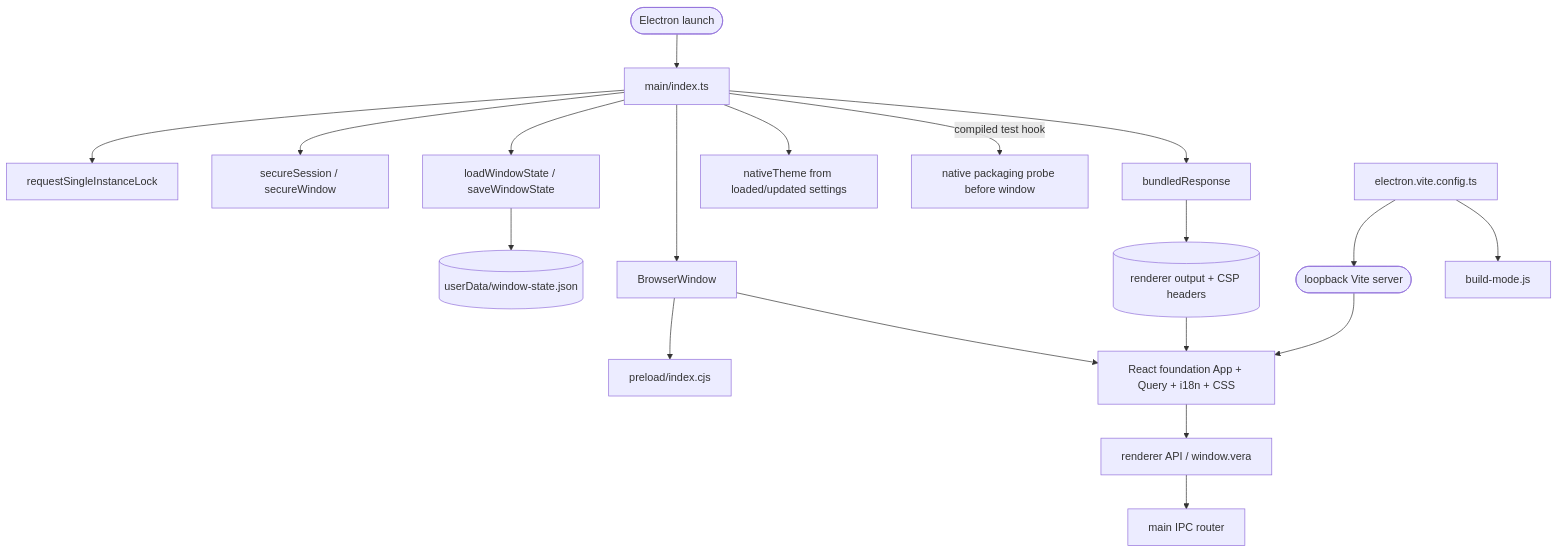
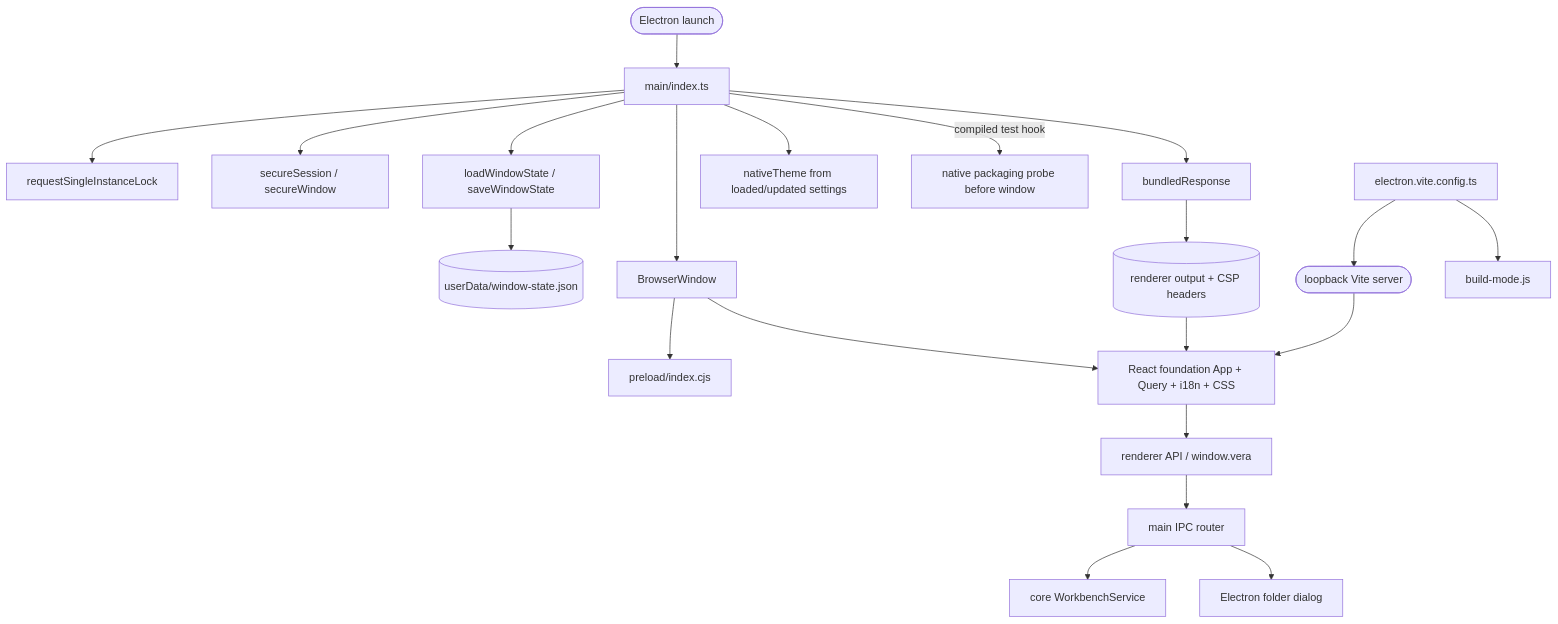
The diagram in .agentic/knowledge/desktop-shell.md (DDP-Engineering/2026_Virtual_Embedded_Rig_Assistant), drawn with Mermaid before and after one commit. The commit also changed other lines of this file and 70 other files, not shown here.

````diff
--- a/.agentic/knowledge/desktop-shell.md
+++ b/.agentic/knowledge/desktop-shell.md
@@ -70,21 +73,23 @@
 ```mermaid
 flowchart TD
   launch([Electron launch]) --> main[main/index.ts]
   main --> lock[requestSingleInstanceLock]
   main --> security[secureSession / secureWindow]
   main --> state[loadWindowState / saveWindowState]
   state --> file[(userData/window-state.json)]
   main --> window[BrowserWindow]
   window --> preload[preload/index.cjs]
   main --> protocol[bundledResponse]
   protocol --> assets[(renderer output + CSP headers)]
   window --> renderer[React foundation App + Query + i18n + CSS]
   main --> nativeTheme[nativeTheme from loaded/updated settings]
   main -->|compiled test hook| probe[native packaging probe before window]
   renderer --> api[renderer API / window.vera]
   api --> router[main IPC router]
+  router --> workbench[core WorkbenchService]
+  router --> picker[Electron folder dialog]
   assets --> renderer
   dev([loopback Vite server]) --> renderer
   config[electron.vite.config.ts] --> dev
   config --> mode[build-mode.js]
 ```
````
